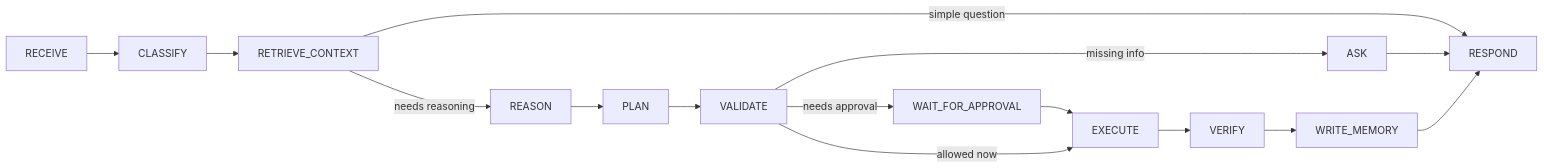
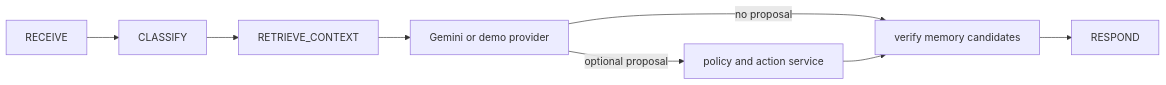
The second of 2 diagrams in README.md (himanishpuri/continuum), drawn with Mermaid before and after one commit. The commit also changed other lines of this file and 21 other files, not shown here.

````diff
--- a/README.md
+++ b/README.md
@@ -380,10 +276,8 @@
 ```mermaid
 flowchart LR
     RECEIVE --> CLASSIFY --> RETRIEVE_CONTEXT
-    RETRIEVE_CONTEXT -->|simple question| RESPOND
-    RETRIEVE_CONTEXT -->|needs reasoning| REASON --> PLAN --> VALIDATE
-    VALIDATE -->|missing info| ASK --> RESPOND
-    VALIDATE -->|needs approval| WAIT_FOR_APPROVAL --> EXECUTE
-    VALIDATE -->|allowed now| EXECUTE
-    EXECUTE --> VERIFY --> WRITE_MEMORY --> RESPOND
+    RETRIEVE_CONTEXT --> PROVIDER[Gemini or demo provider]
+    PROVIDER -->|optional proposal| POLICY[policy and action service]
+    PROVIDER -->|no proposal| MEMORY[verify memory candidates]
+    POLICY --> MEMORY --> RESPOND
 ```
````
